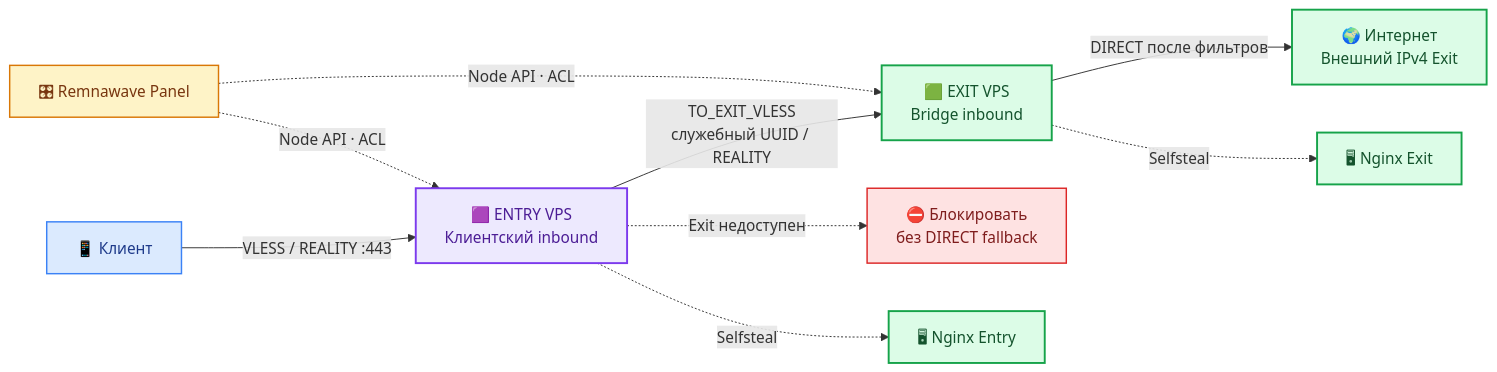
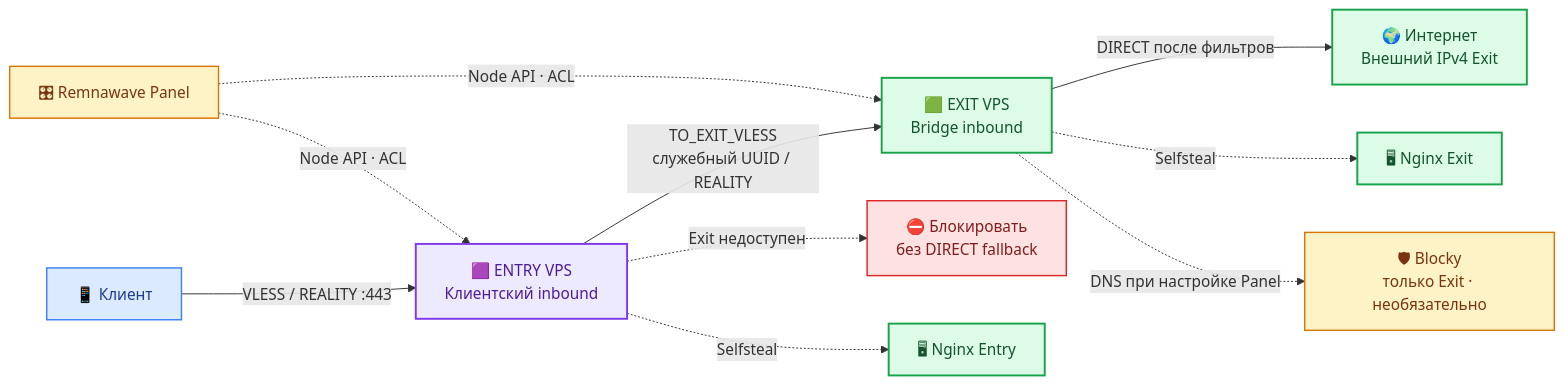
One commit to SUXARIK-GITHUB/Node_Install changed the third of 3 diagrams in README.md. Above: the diagram before and after it, drawn with Mermaid. The commit also changed other lines of this file and 16 other files, not shown here.

````diff
--- a/README.md
+++ b/README.md
@@ -198,21 +206,22 @@
 ```mermaid
 flowchart LR
     CLIENT["📱 Клиент"] -->|"VLESS / REALITY :443"| ENTRY["🟪 ENTRY VPS<br/>Клиентский inbound"]
     ENTRY -->|"TO_EXIT_VLESS<br/>служебный UUID / REALITY"| EXIT["🟩 EXIT VPS<br/>Bridge inbound"]
     EXIT -->|"DIRECT после фильтров"| NET["🌍 Интернет<br/>Внешний IPv4 Exit"]
     ENTRY -.->|"Exit недоступен"| DENY["⛔ Блокировать<br/>без DIRECT fallback"]
     PANEL["🎛 Remnawave Panel"] -.->|"Node API · ACL"| ENTRY
     PANEL -.->|"Node API · ACL"| EXIT
     ENTRY -.->|"Selfsteal"| SITE1["🖥 Nginx Entry"]
     EXIT -.->|"Selfsteal"| SITE2["🖥 Nginx Exit"]
+    EXIT -.->|"DNS при настройке Panel"| BLOCKY["🛡 Blocky<br/>только Exit · необязательно"]
     classDef user fill:#dbeafe,stroke:#3b82f6,color:#1e3a8a,stroke-width:1.5px;
     classDef entry fill:#ede9fe,stroke:#7c3aed,color:#4c1d95,stroke-width:2px;
     classDef exit fill:#dcfce7,stroke:#16a34a,color:#14532d,stroke-width:2px;
     classDef ctl fill:#fef3c7,stroke:#d97706,color:#78350f,stroke-width:1.5px;
     classDef denied fill:#fee2e2,stroke:#dc2626,color:#7f1d1d,stroke-width:1.5px;
     class CLIENT user;
     class ENTRY entry;
     class EXIT,NET,SITE1,SITE2 exit;
-    class PANEL ctl;
+    class PANEL,BLOCKY ctl;
     class DENY denied;
 ```
````
